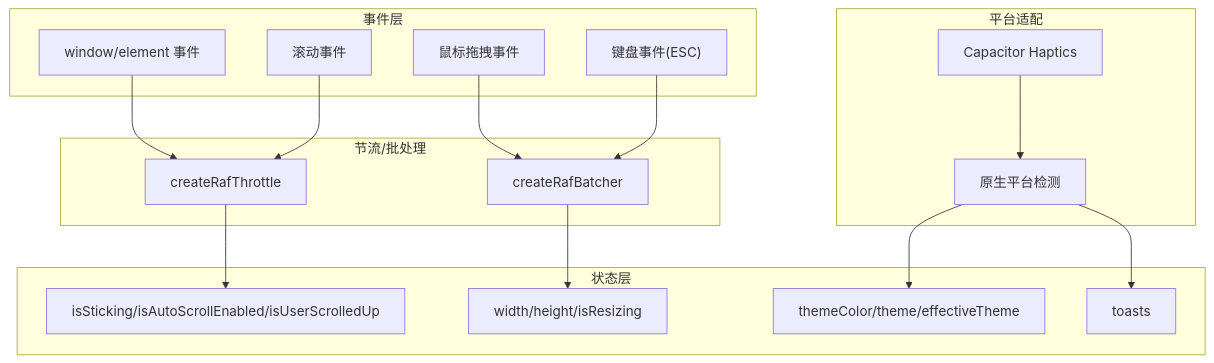
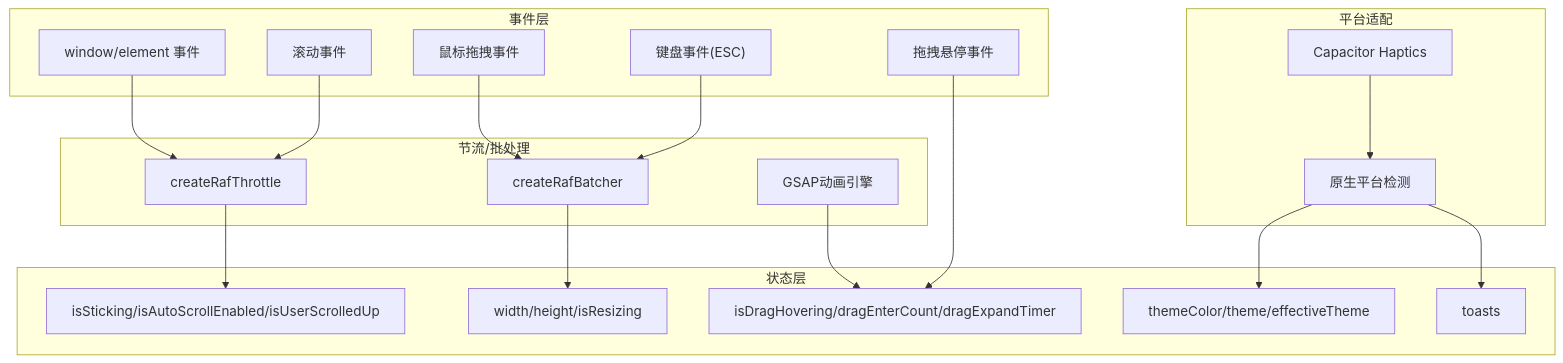
One commit to xixixiaoyu/Todo changed the second of 8 diagrams in .qoder/repowiki/zh/content/前端架构/组件设计/组合式API/UI交互Hooks.md. Above: the diagram before and after it, drawn with Mermaid. The commit also changed other lines of this file and 2 other files, not shown here.

````diff
--- a/.qoder/repowiki/zh/content/前端架构/组件设计/组合式API/UI交互Hooks.md
+++ b/.qoder/repowiki/zh/content/前端架构/组件设计/组合式API/UI交互Hooks.md
@@ -138,32 +190,37 @@
 ```mermaid
 graph TB
 subgraph "事件层"
 W["window/element 事件"]
 S["滚动事件"]
 R["鼠标拖拽事件"]
 K["键盘事件(ESC)"]
+D["拖拽悬停事件"]
 end
 subgraph "节流/批处理"
 T["createRafThrottle"]
 B["createRafBatcher"]
+G["GSAP动画引擎"]
 end
 subgraph "状态层"
 ST["isSticking/isAutoScrollEnabled/isUserScrolledUp"]
 SZ["width/height/isResizing"]
 TH["themeColor/theme/effectiveTheme"]
 TS["toasts"]
+DH["isDragHovering/dragEnterCount/dragExpandTimer"]
 end
 subgraph "平台适配"
 P["Capacitor Haptics"]
 N["原生平台检测"]
 end
 W --> T
 S --> T
 R --> B
 K --> B
+D --> DH
 T --> ST
 B --> SZ
+G --> DH
 P --> N
 N --> TH
 N --> TS
 ```
````
